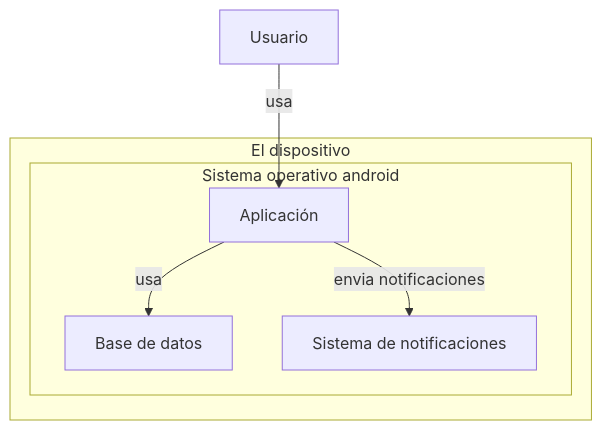
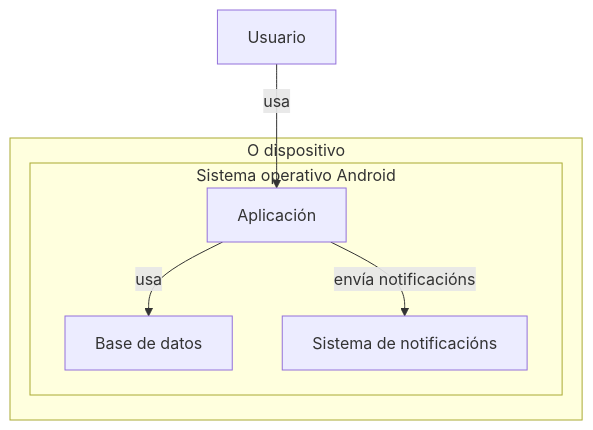
Before and after one commit to a19albertons/Tus-Tareas: the second of 4 diagrams in doc/templates/3_deseño.md, drawn with Mermaid. The commit also changed other lines of this file, not shown here.

````diff
--- a/doc/templates/3_deseño.md
+++ b/doc/templates/3_deseño.md
@@ -38,17 +38,17 @@
 ```mermaid
 flowchart TD
     %% nodo
     Usuario[Usuario]
-    subgraph El dispositivo
-        subgraph Sistema operativo android
+    subgraph O dispositivo
+        subgraph Sistema operativo Android
             Aplicacion[Aplicación]
             Bd[Base de datos]
-            SistemaNotificaciones[Sistema de notificaciones]
+            SistemaNotificaciones[Sistema de notificacións]
         end
     end
 
-    %% relaciones
+    %% relacións
     Usuario -->|usa| Aplicacion
     Aplicacion -->|usa| Bd
-    Aplicacion -->|envia notificaciones| SistemaNotificaciones
+    Aplicacion -->|envía notificacións| SistemaNotificaciones
 ```
````
